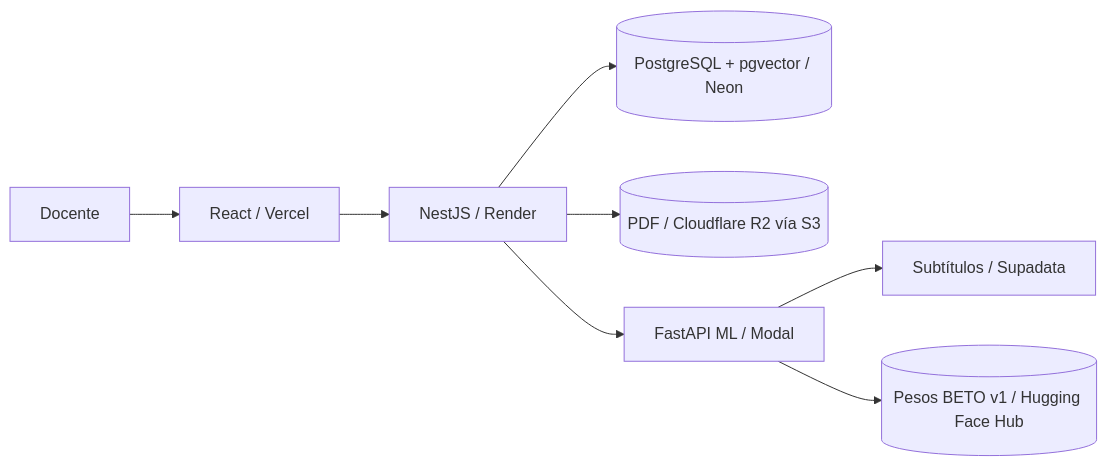
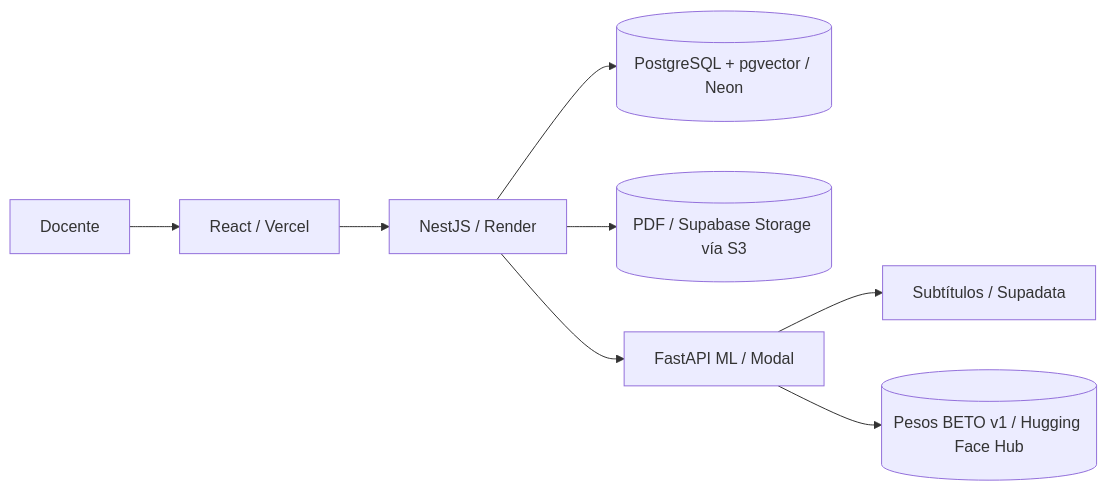
The diagram in README.md (JaquelineRocio/historia-viva-peru-tfm), drawn with Mermaid before and after one commit. The commit also changed other lines of this file and 21 other files, not shown here.

Commit message:
docs: alinear arquitectura con Supabase Storage y Modal

````diff
--- a/README.md
+++ b/README.md
@@ -89,10 +89,10 @@
 ```mermaid
 flowchart LR
   U[Docente] --> W[React / Vercel]
   W --> A[NestJS / Render]
   A --> D[(PostgreSQL + pgvector / Neon)]
-  A --> O[(PDF / Cloudflare R2 vía S3)]
+  A --> O[(PDF / Supabase Storage vía S3)]
   A --> M[FastAPI ML / Modal]
   M --> S[Subtítulos / Supadata]
   M --> H[(Pesos BETO v1 / Hugging Face Hub)]
 ```
````
